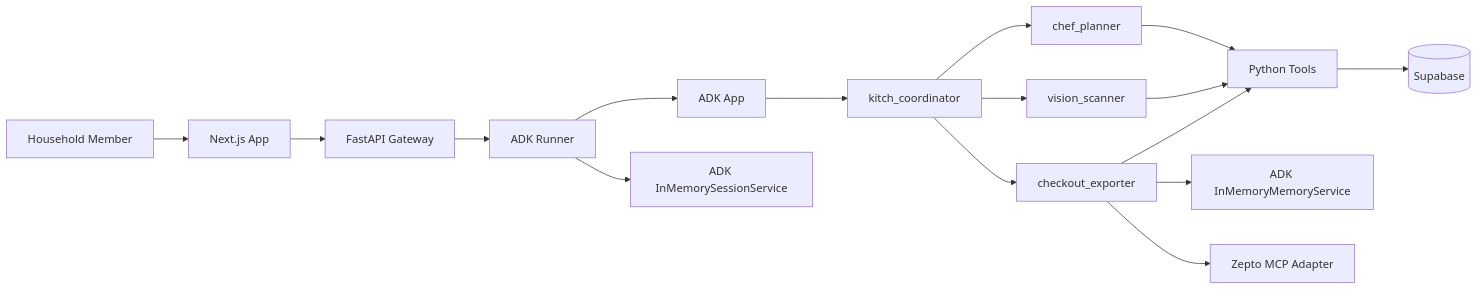
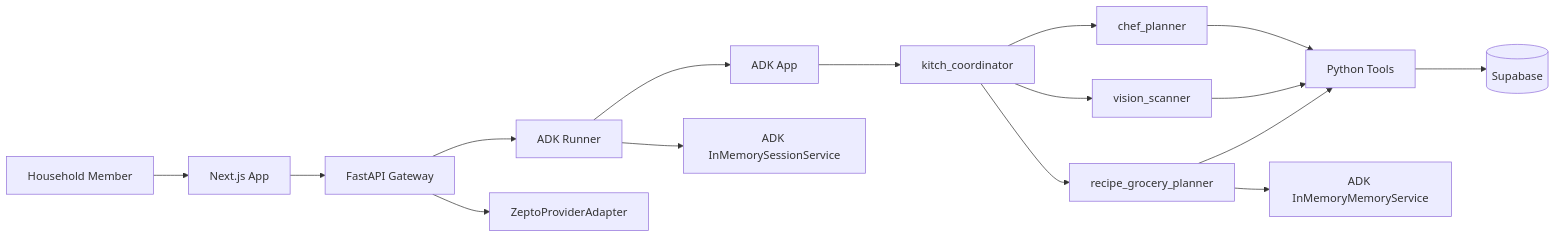
The diagram in docs/current_ai_architecture.md (architworks/meal_and_grocery_agent), drawn with Mermaid before and after one commit. The commit also changed other lines of this file and 10 other files, not shown here.

First line of the commit message:
Refactor recipe and grocery planning backend

````diff
--- a/docs/current_ai_architecture.md
+++ b/docs/current_ai_architecture.md
@@ -9,18 +9,18 @@
 ```mermaid
 flowchart LR
     User[Household Member] --> Frontend[Next.js App]
     Frontend --> API[FastAPI Gateway]
     API --> Runner[ADK Runner]
     Runner --> App[ADK App]
     App --> Coordinator[kitch_coordinator]
     Coordinator --> Chef[chef_planner]
     Coordinator --> Vision[vision_scanner]
-    Coordinator --> Checkout[checkout_exporter]
+    Coordinator --> RecipeGrocery[recipe_grocery_planner]
     Chef --> Tools[Python Tools]
     Vision --> Tools
-    Checkout --> Tools
+    RecipeGrocery --> Tools
     Tools --> Supabase[(Supabase)]
-    Checkout --> Memory[ADK InMemoryMemoryService]
+    RecipeGrocery --> Memory[ADK InMemoryMemoryService]
     Runner --> Sessions[ADK InMemorySessionService]
-    Checkout --> Zepto[Zepto MCP Adapter]
+    API --> Zepto[ZeptoProviderAdapter]
 ```
````
